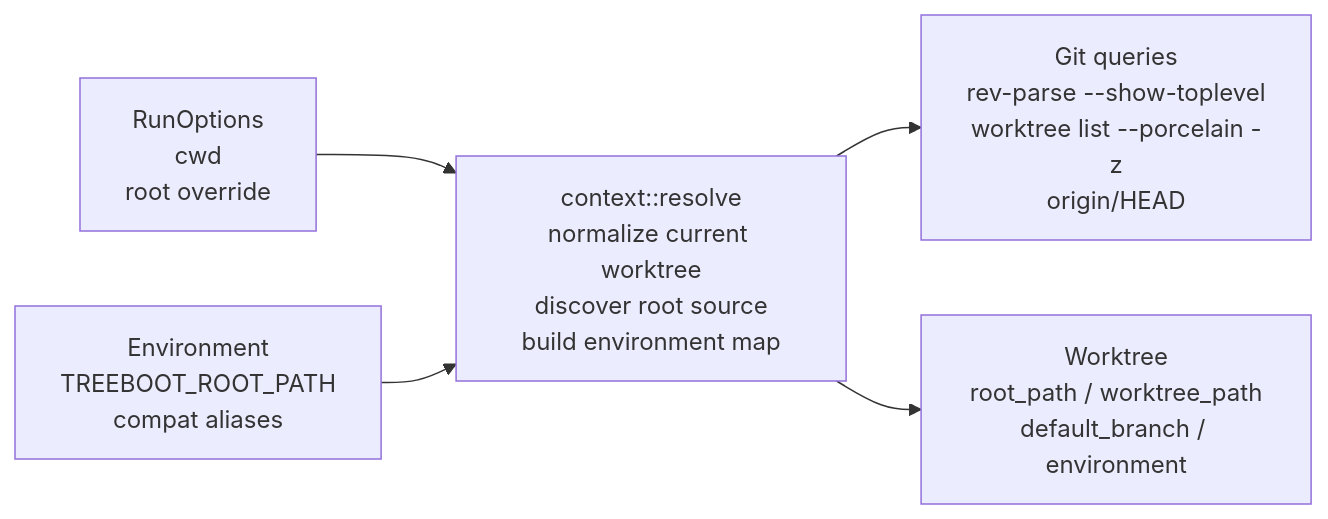
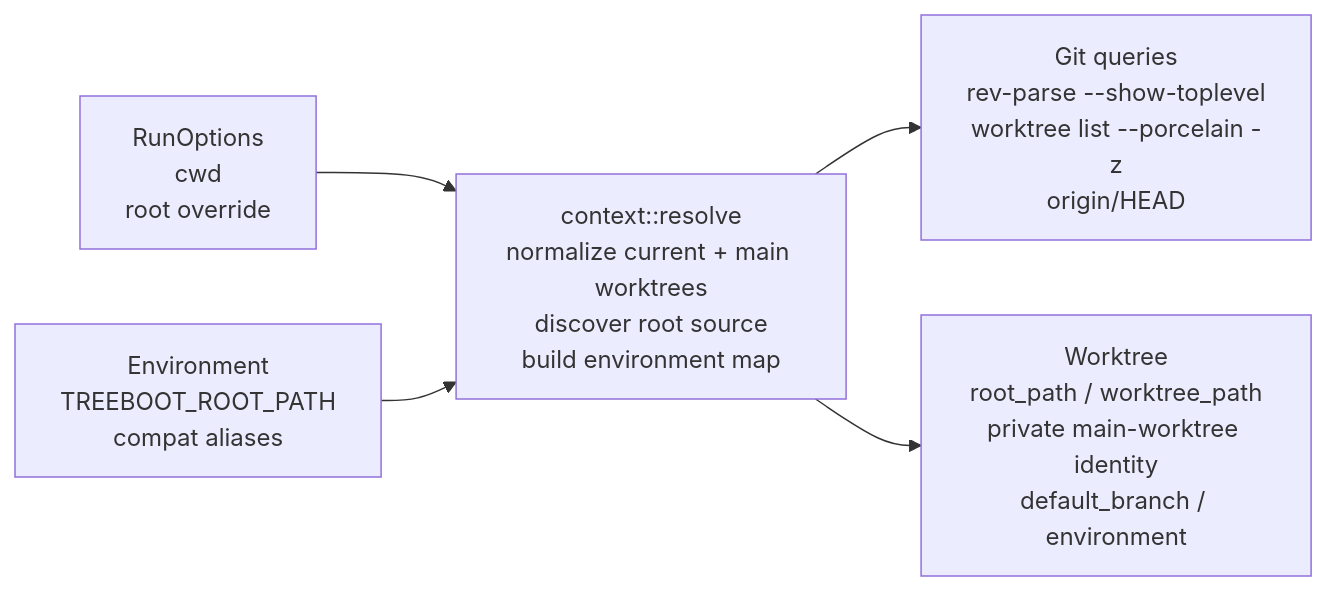
One commit to jimeh/treeboot changed the second of 6 diagrams in docs/ARCHITECTURE.md. Above: the diagram before and after it, drawn with Mermaid. The commit also changed other lines of this file and 40 other files, not shown here.

````diff
--- a/docs/ARCHITECTURE.md
+++ b/docs/ARCHITECTURE.md
@@ -91,13 +97,13 @@
 ```mermaid
 flowchart LR
   OPT["RunOptions<br/>cwd<br/>root override"]
   ENV["Environment<br/>TREEBOOT_ROOT_PATH<br/>compat aliases"]
-  RES["context::resolve<br/>normalize current worktree<br/>discover root source<br/>build environment map"]
+  RES["context::resolve<br/>normalize current + main worktrees<br/>discover root source<br/>build environment map"]
   GIT["Git queries<br/>rev-parse --show-toplevel<br/>worktree list --porcelain -z<br/>origin/HEAD"]
-  WT["Worktree<br/>root_path / worktree_path<br/>default_branch / environment"]
+  WT["Worktree<br/>root_path / worktree_path<br/>private main-worktree identity<br/>default_branch / environment"]
 
   OPT --> RES
   ENV --> RES
   RES --> GIT
   RES --> WT
 ```
````
